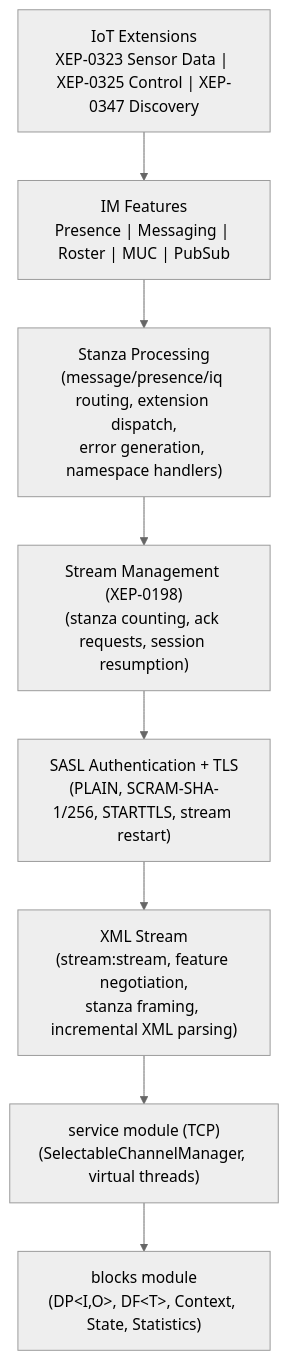
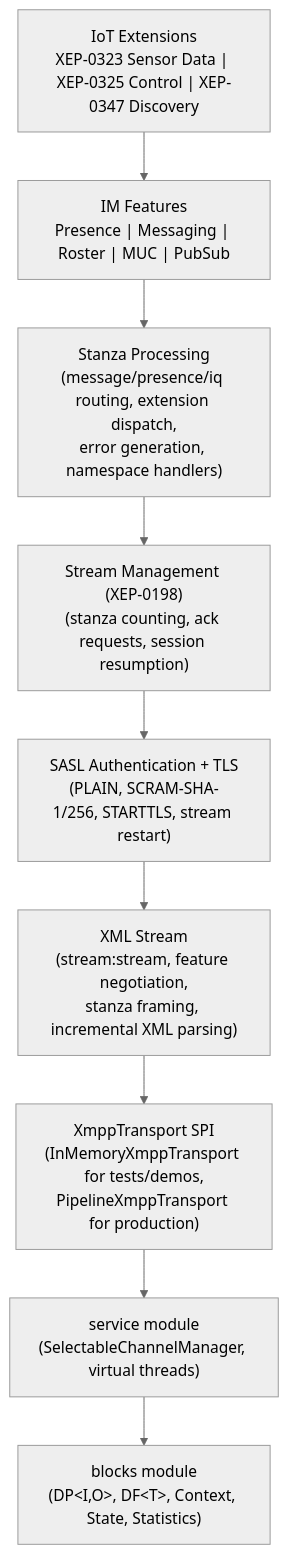
Before and after one commit to 000ssg/lego-flow: the first of 11 diagrams in messaging/xmpp/doc/ARCHITECTURE.md, drawn with Mermaid (neutral theme). The commit also changed other lines of this file and 780 other files, not shown here.

````diff
--- a/messaging/xmpp/doc/ARCHITECTURE.md
+++ b/messaging/xmpp/doc/ARCHITECTURE.md
@@ -13,13 +13,14 @@
 ```mermaid
 graph TD
     L1["IoT Extensions<br/>XEP-0323 Sensor Data | XEP-0325 Control | XEP-0347 Discovery"]
     L2["IM Features<br/>Presence | Messaging | Roster | MUC | PubSub"]
     L3["Stanza Processing<br/>(message/presence/iq routing, extension dispatch,<br/>error generation, namespace handlers)"]
     L4["Stream Management (XEP-0198)<br/>(stanza counting, ack requests, session resumption)"]
     L5["SASL Authentication + TLS<br/>(PLAIN, SCRAM-SHA-1/256, STARTTLS, stream restart)"]
     L6["XML Stream<br/>(stream:stream, feature negotiation,<br/>stanza framing, incremental XML parsing)"]
-    L7["service module (TCP)<br/>(SelectableChannelManager, virtual threads)"]
+    L7["XmppTransport SPI<br/>(InMemoryXmppTransport for tests/demos,<br/>PipelineXmppTransport for production)"]
+    L75["service module<br/>(SelectableChannelManager, virtual threads)"]
     L8["blocks module<br/>(DP&lt;I,O&gt;, DF&lt;T&gt;, Context, State, Statistics)"]
 
-    L1 --> L2 --> L3 --> L4 --> L5 --> L6 --> L7 --> L8
+    L1 --> L2 --> L3 --> L4 --> L5 --> L6 --> L7 --> L75 --> L8
 ```
````
